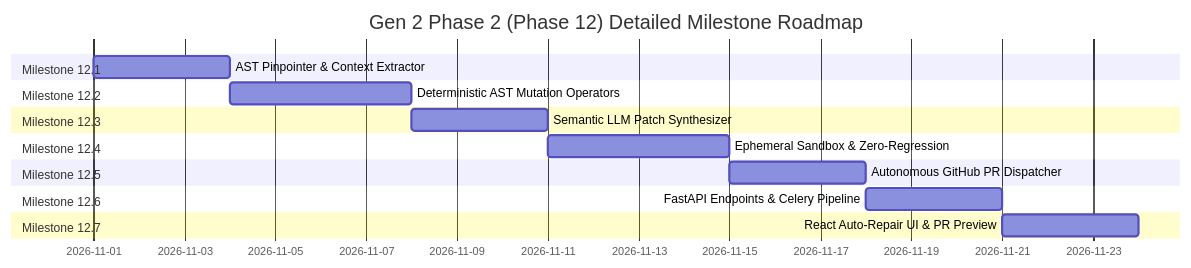
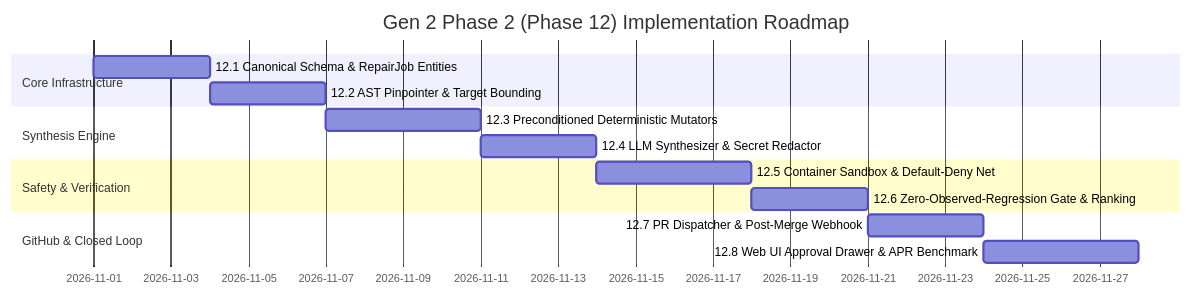
One commit to anshbhogal/Astra changed the diagram in planning/gen_2/04_phase_02_automated_program_repair.md. Above: the diagram before and after it, drawn with Mermaid. The commit also changed other lines of this file and 2 other files, not shown here.

Commit message:
docs: add ASTRA Gen 2 master execution plan and automated program repair specification

````diff
--- a/planning/gen_2/04_phase_02_automated_program_repair.md
+++ b/planning/gen_2/04_phase_02_automated_program_repair.md
@@ -320,19 +761,17 @@
 ```mermaid
 gantt
-    title Gen 2 Phase 2 (Phase 12) Detailed Milestone Roadmap
+    title Gen 2 Phase 2 (Phase 12) Implementation Roadmap
     dateFormat  YYYY-MM-DD
-    section Milestone 12.1
-    AST Pinpointer & Context Extractor   :m1, 2026-11-01, 3d
-    section Milestone 12.2
-    Deterministic AST Mutation Operators :m2, after m1, 4d
-    section Milestone 12.3
-    Semantic LLM Patch Synthesizer       :m3, after m2, 3d
-    section Milestone 12.4
-    Ephemeral Sandbox & Zero-Regression  :m4, after m3, 4d
-    section Milestone 12.5
-    Autonomous GitHub PR Dispatcher      :m5, after m4, 3d
-    section Milestone 12.6
-    FastAPI Endpoints & Celery Pipeline  :m6, after m5, 3d
-    section Milestone 12.7
-    React Auto-Repair UI & PR Preview    :m7, after m6, 3d
+    section Core Infrastructure
+    12.1 Canonical Schema & RepairJob Entities    :m1, 2026-11-01, 3d
+    12.2 AST Pinpointer & Target Bounding         :m2, after m1, 3d
+    section Synthesis Engine
+    12.3 Preconditioned Deterministic Mutators    :m3, after m2, 4d
+    12.4 LLM Synthesizer & Secret Redactor        :m4, after m3, 3d
+    section Safety & Verification
+    12.5 Container Sandbox & Default-Deny Net     :m5, after m4, 4d
+    12.6 Zero-Observed-Regression Gate & Ranking  :m6, after m5, 3d
+    section GitHub & Closed Loop
+    12.7 PR Dispatcher & Post-Merge Webhook       :m7, after m6, 3d
+    12.8 Web UI Approval Drawer & APR Benchmark   :m8, after m7, 4d
 ```
````
